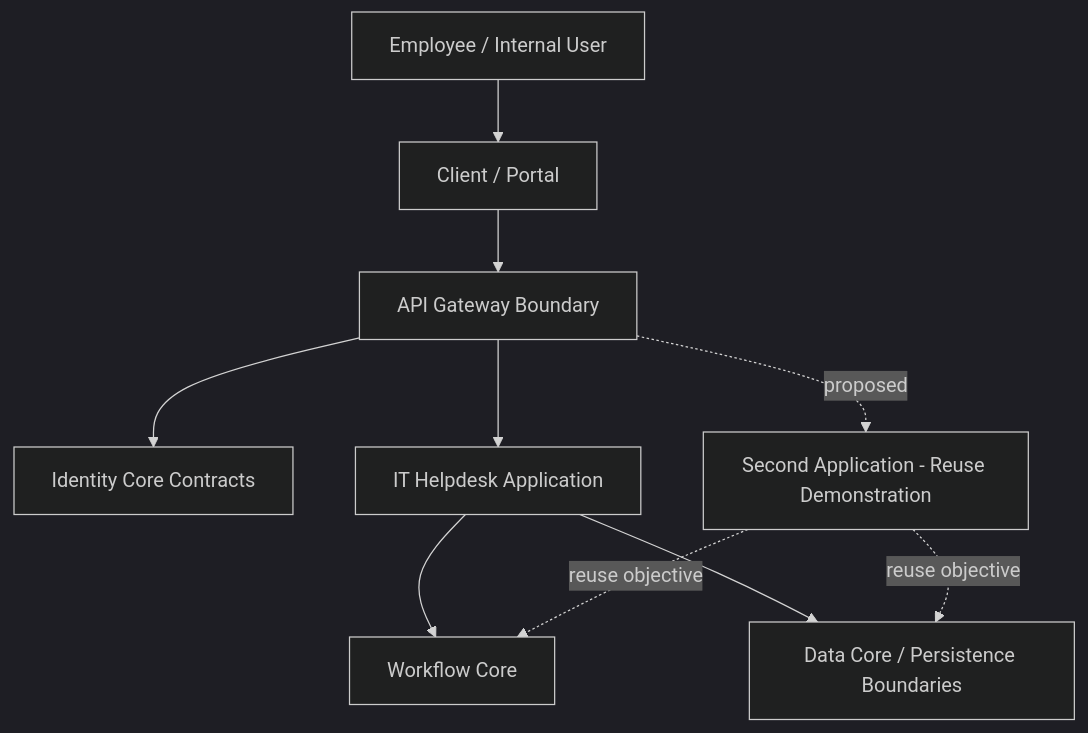
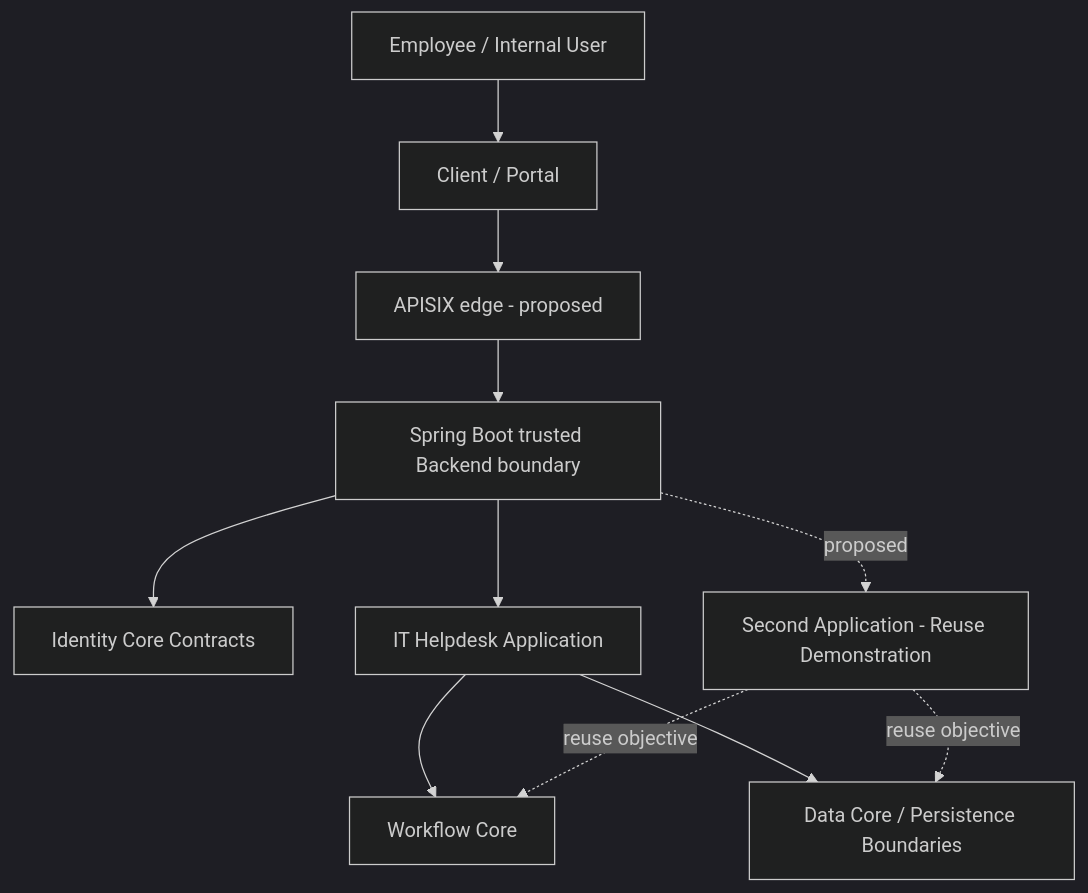
Before and after one commit to lexuanbao258-collab/dxos-open-core: the diagram in docs/README.md, drawn with Mermaid (dark theme). The commit also changed other lines of this file and 31 other files, not shown here.

Commit message:
docs(architecture): align core contracts and replaceable adapters

````diff
--- a/docs/README.md
+++ b/docs/README.md
@@ -16,21 +18,23 @@
 ```mermaid
 flowchart TB
     User[Employee / Internal User]
     Portal[Client / Portal]
-    Gateway[API Gateway Boundary]
+    Gateway[APISIX edge - proposed]
+    Backend[Spring Boot trusted Backend boundary]
     Identity[Identity Core Contracts]
     Helpdesk[IT Helpdesk Application]
     Reuse[Second Application - Reuse Demonstration]
     Workflow[Workflow Core]
     Data[Data Core / Persistence Boundaries]
 
     User --> Portal
     Portal --> Gateway
-    Gateway --> Identity
-    Gateway --> Helpdesk
-    Gateway -. proposed .-> Reuse
+    Gateway --> Backend
+    Backend --> Identity
+    Backend --> Helpdesk
+    Backend -. proposed .-> Reuse
     Helpdesk --> Workflow
     Reuse -. reuse objective .-> Workflow
     Helpdesk --> Data
     Reuse -. reuse objective .-> Data
 ```
````
